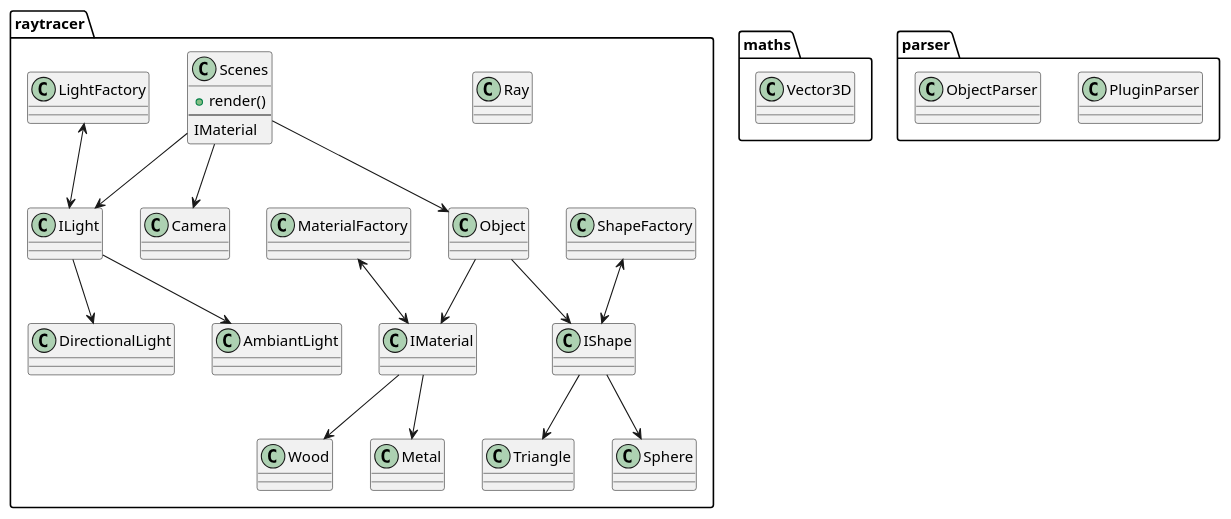
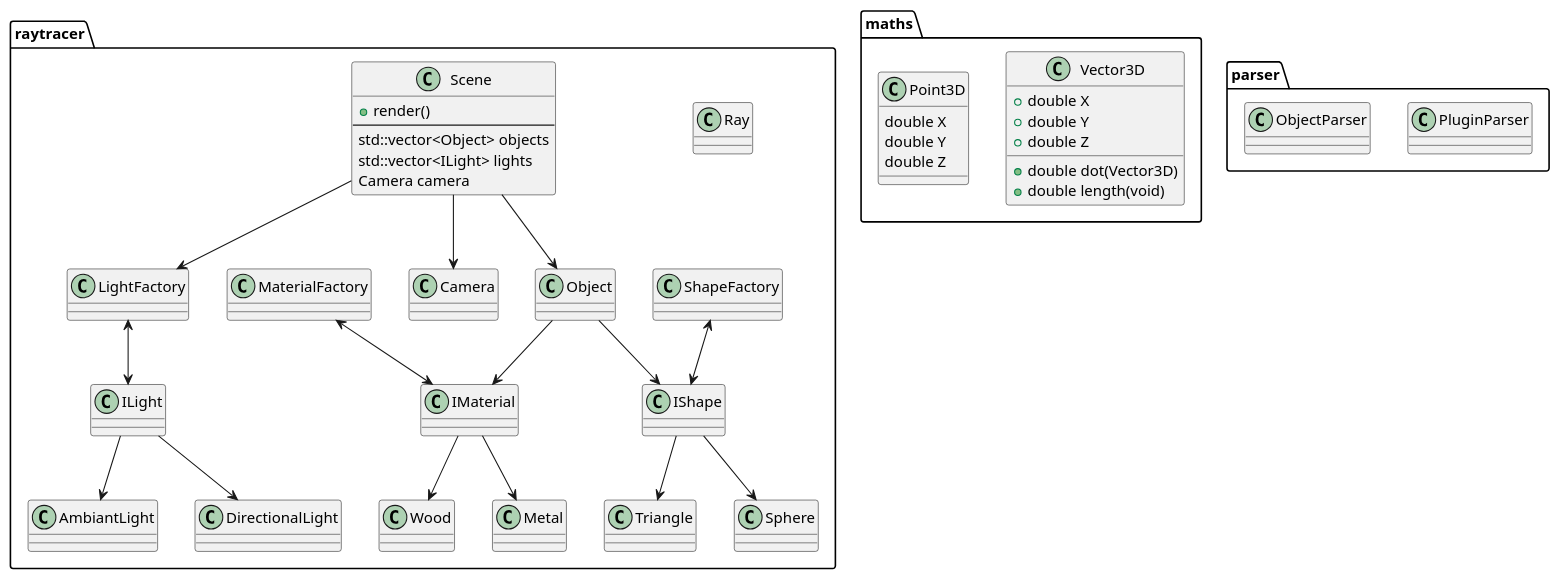
The diagram in archi.puml (maelbecel/Raytracer), drawn with PlantUML before and after one commit. The commit also changed 6 other files, not shown here.

```diff
--- a/archi.puml
+++ b/archi.puml
@@ -1,60 +1,72 @@
-@startuml
+@startuml bogos
 'https://plantuml.com/class-diagram
 
 namespace raytracer {
     class Ray
     class ShapeFactory
     class IShape
     class Triangle
     class Sphere
 
     ShapeFactory <--> IShape
     IShape --> Triangle
     IShape --> Sphere
 
     class ILight
     class LightFactory
     class AmbiantLight
     class DirectionalLight
 
     LightFactory <--> ILight
     ILight --> AmbiantLight
     ILight --> DirectionalLight
 
     class IMaterial
     class MaterialFactory
     class Wood
     class Metal
 
     MaterialFactory <--> IMaterial
     IMaterial --> Wood
     IMaterial --> Metal
 
     class Camera
-    class Scenes {
+    class Scene {
         +render()
         --
-        IMaterial
+        std::vector<Object> objects
+        std::vector<ILight> lights
+        Camera camera
     }
 
     class Object
 
     Object --> IShape
     Object --> IMaterial
 
-    Scenes --> Object
-    Scenes --> Camera
-    Scenes --> ILight
+    Scene --> Object
+    Scene --> Camera
+    Scene --> LightFactory
 }
 
 namespace maths {
-    class Vector3D
-    class Vector3D
+    class Vector3D {
+        + double dot(Vector3D)
+        + double length(void)
+        + double X
+        + double Y
+        + double Z
+    }
+    class Point3D {
+        double X
+        double Y
+        double Z
+    }
 }
 
 namespace parser {
     class PluginParser
     class ObjectParser
 }
 
 @endl
```
